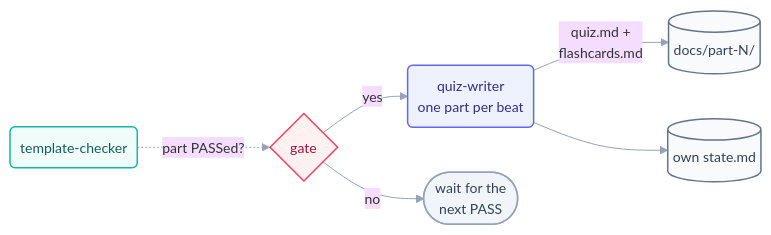
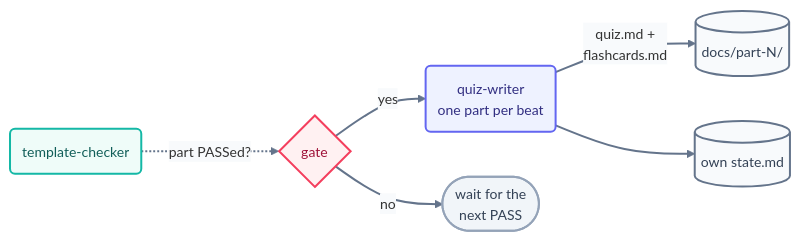
Before and after one commit to ayeshakhalid192007-dev/LoopEngineering-CrashCourse: the diagram in loops/day2/quiz-writer/loop.md, drawn with Mermaid. The commit also changed 66 other files, not shown here.

First line of the commit message:
docs(diagrams): bolden and unify all 70 mermaid diagrams

````diff
--- a/loops/day2/quiz-writer/loop.md
+++ b/loops/day2/quiz-writer/loop.md
@@ -36,14 +36,15 @@
 ```mermaid
-%%{init: {'theme':'base','themeVariables':{'fontFamily':'ui-sans-serif, system-ui, sans-serif','fontSize':'14px','lineColor':'#94a3b8'},'flowchart':{'curve':'basis','nodeSpacing':45,'rankSpacing':50,'padding':10}}}%%
+%%{init: {'theme':'base','themeVariables':{'fontFamily':'ui-sans-serif, system-ui, sans-serif','fontSize':'14px','lineColor':'#64748b','edgeLabelBackground':'#f8fafc'},'flowchart':{'curve':'basis','nodeSpacing':45,'rankSpacing':55,'padding':12}}}%%
 flowchart LR
     TC("template-checker"):::check -.->|"part PASSed?"| GATE{"gate"}:::limit
     GATE -->|yes| QW("quiz-writer<br/>one part per beat"):::maker
     QW -->|"quiz.md +<br/>flashcards.md"| F[("docs/part-N/")]:::file
     QW --> SP[("own state.md")]:::file
     GATE -->|no| WAIT(["wait for the<br/>next PASS"]):::stop
-    classDef maker fill:#eef2ff,stroke:#6366f1,stroke-width:1.5px,color:#312e81;
-    classDef check fill:#effcf9,stroke:#14b8a6,stroke-width:1.5px,color:#115e59;
-    classDef limit fill:#fff1f2,stroke:#f43f5e,stroke-width:1.5px,color:#9f1239;
-    classDef file fill:#f8fafc,stroke:#64748b,stroke-width:1.5px,color:#334155;
-    classDef stop fill:#f1f5f9,stroke:#94a3b8,stroke-width:1.5px,color:#334155;
+    linkStyle default stroke:#64748b,stroke-width:2px;
+    classDef maker fill:#eef2ff,stroke:#6366f1,stroke-width:2px,color:#312e81;
+    classDef check fill:#effcf9,stroke:#14b8a6,stroke-width:2px,color:#115e59;
+    classDef limit fill:#fff1f2,stroke:#f43f5e,stroke-width:2px,color:#9f1239;
+    classDef file fill:#f8fafc,stroke:#64748b,stroke-width:2px,color:#334155;
+    classDef stop fill:#f1f5f9,stroke:#94a3b8,stroke-width:2px,color:#334155;
 ```
````
